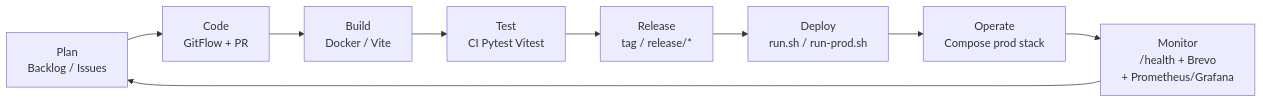
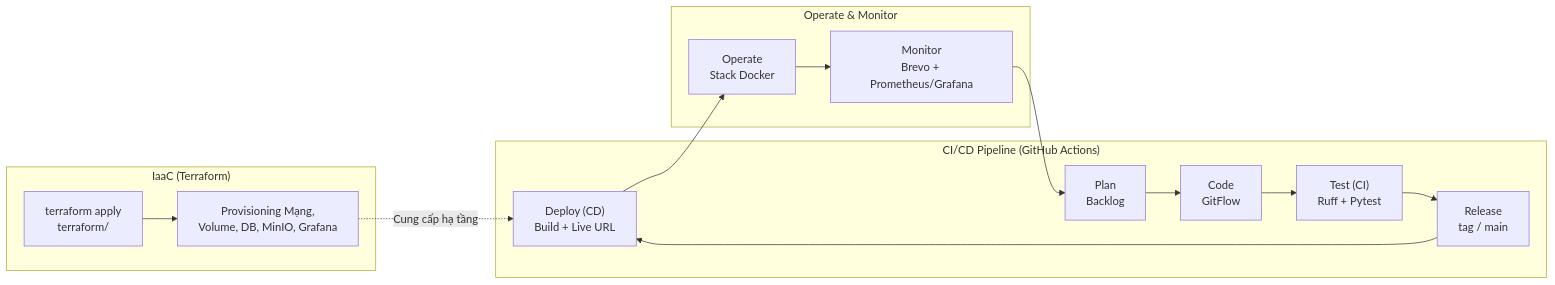
The third of 4 diagrams in final-exam/preparation/5_CICD_DevOps_Testing/README.md (se-bros/hcmus-projectmanage--lab), drawn with Mermaid before and after one commit. The commit also changed other lines of this file and 5 other files, not shown here.

Commit message:
feat(iaac): add terraform configuration for infrastructure provisioning and update devops docs

````diff
--- a/final-exam/preparation/5_CICD_DevOps_Testing/README.md
+++ b/final-exam/preparation/5_CICD_DevOps_Testing/README.md
@@ -130,11 +131,18 @@
 ```mermaid
 flowchart LR
-    Plan["Plan<br/>Backlog / Issues"] --> Code["Code<br/>GitFlow + PR"]
-    Code --> Build["Build<br/>Docker / Vite"]
-    Build --> Test["Test<br/>CI Pytest Vitest"]
-    Test --> Release["Release<br/>tag / release/*"]
-    Release --> Deploy["Deploy<br/>run.sh / run-prod.sh"]
-    Deploy --> Operate["Operate<br/>Compose prod stack"]
-    Operate --> Monitor["Monitor<br/>/health + Brevo<br/>+ Prometheus/Grafana"]
-    Monitor --> Plan
+    subgraph IaaC["IaaC (Terraform)"]
+        TF["terraform apply<br/>terraform/"] --> Infra["Provisioning Mạng,<br/>Volume, DB, MinIO, Grafana"]
+    end
+    subgraph CICD["CI/CD Pipeline (GitHub Actions)"]
+        Plan["Plan<br/>Backlog"] --> Code["Code<br/>GitFlow"]
+        Code --> Test["Test (CI)<br/>Ruff + Pytest"]
+        Test --> Release["Release<br/>tag / main"]
+        Release --> Deploy["Deploy (CD)<br/>Build + Live URL"]
+    end
+    subgraph Ops["Operate & Monitor"]
+        Deploy --> Operate["Operate<br/>Stack Docker"]
+        Operate --> Monitor["Monitor<br/>Brevo + Prometheus/Grafana"]
+        Monitor --> Plan
+    end
+    Infra -. Cung cấp hạ tầng .-> Deploy
 ```
````
